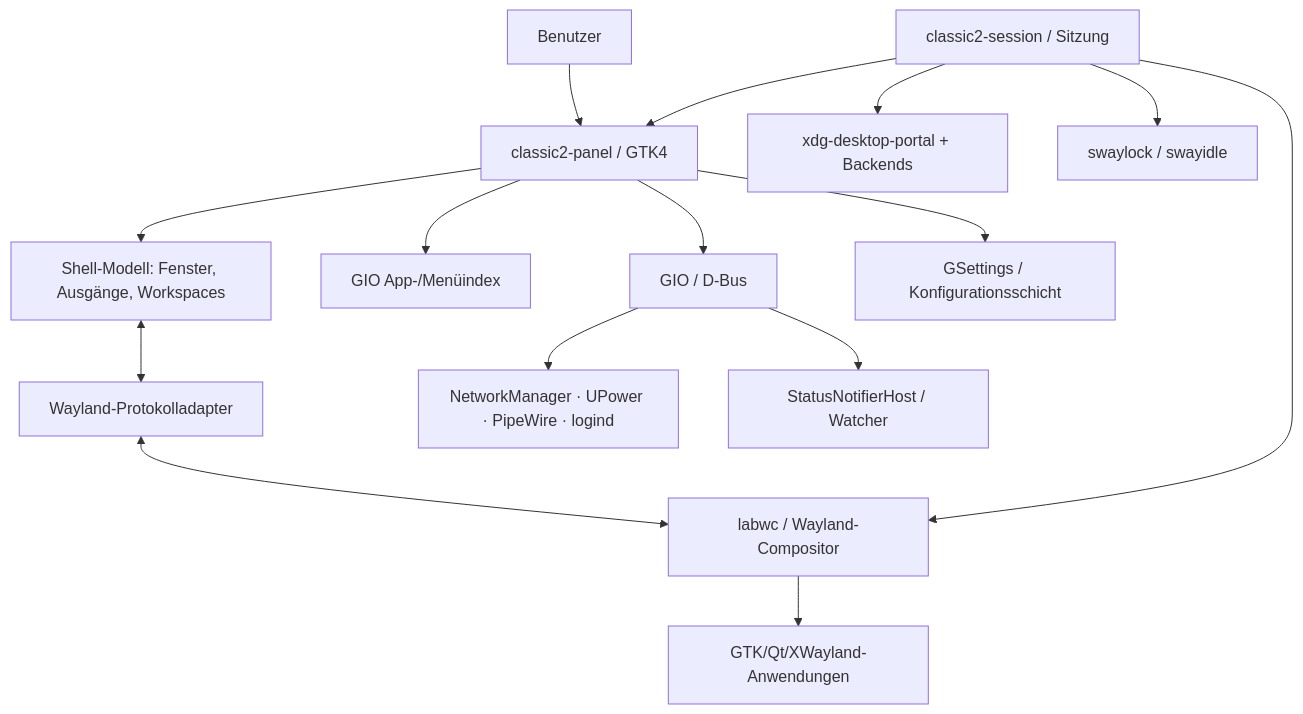
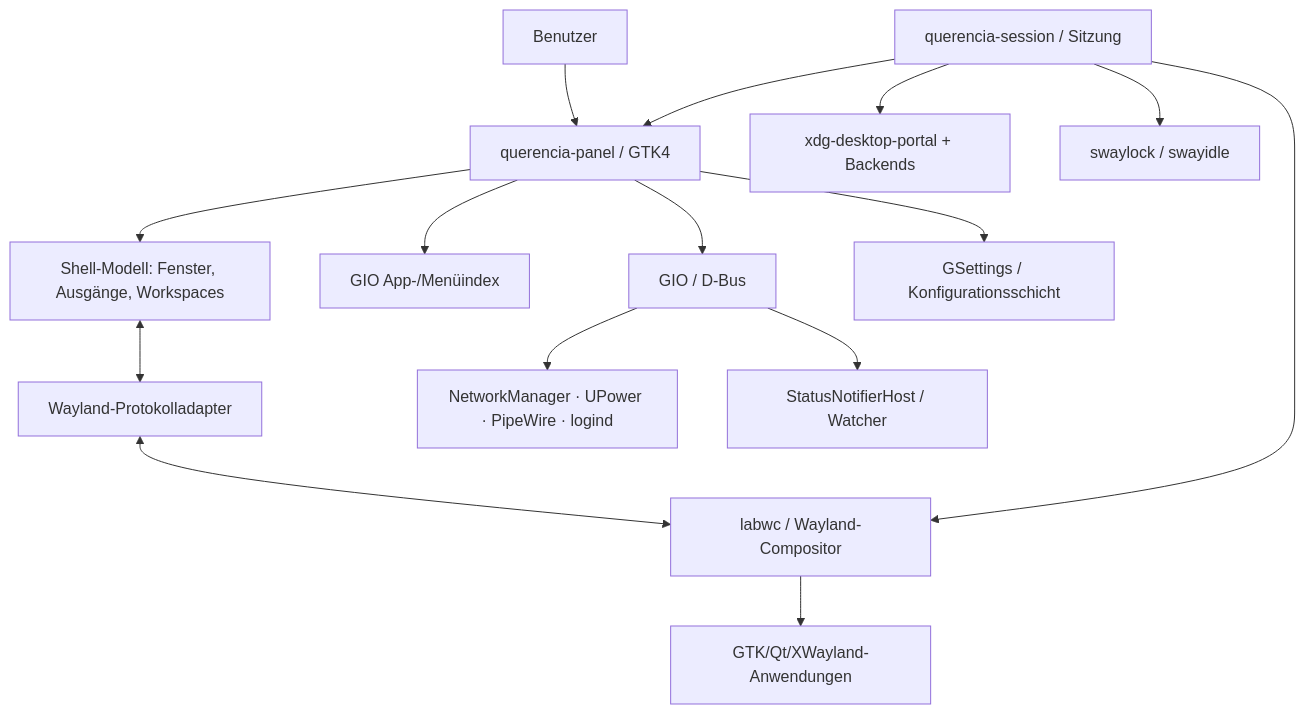
Before and after one commit to querencia-desktop/querencia-shell: the first of 2 diagrams in docs/implementierungsplan-gnome2-gtk4-wayland.md, drawn with Mermaid. The commit also changed other lines of this file and 36 other files, not shown here.

Commit message:
refactor: Classic2-Panel in Querencia Panel umbenennen (R1)

````diff
--- a/docs/implementierungsplan-gnome2-gtk4-wayland.md
+++ b/docs/implementierungsplan-gnome2-gtk4-wayland.md
@@ -248,17 +250,17 @@
 ```mermaid
 flowchart TD
-    USER[Benutzer] --> PANEL[classic2-panel / GTK4]
+    USER[Benutzer] --> PANEL[querencia-panel / GTK4]
     PANEL --> MODEL[Shell-Modell: Fenster, Ausgänge, Workspaces]
     PANEL --> MENU[GIO App-/Menüindex]
     PANEL --> BUS[GIO / D-Bus]
     MODEL <--> ADAPT[Wayland-Protokolladapter]
     ADAPT <--> LABWC[labwc / Wayland-Compositor]
     PANEL --> CONFIG[GSettings / Konfigurationsschicht]
     BUS --> SERVICES[NetworkManager · UPower · PipeWire · logind]
     BUS --> TRAY[StatusNotifierHost / Watcher]
     LABWC --> APPS[GTK/Qt/XWayland-Anwendungen]
-    SESSION[classic2-session / Sitzung] --> LABWC
+    SESSION[querencia-session / Sitzung] --> LABWC
     SESSION --> PANEL
     SESSION --> PORTALS[xdg-desktop-portal + Backends]
     SESSION --> LOCK[swaylock / swayidle]
 ```
````
